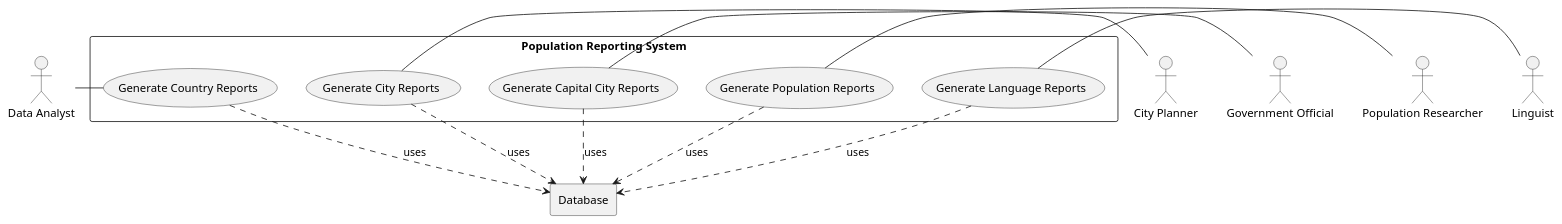
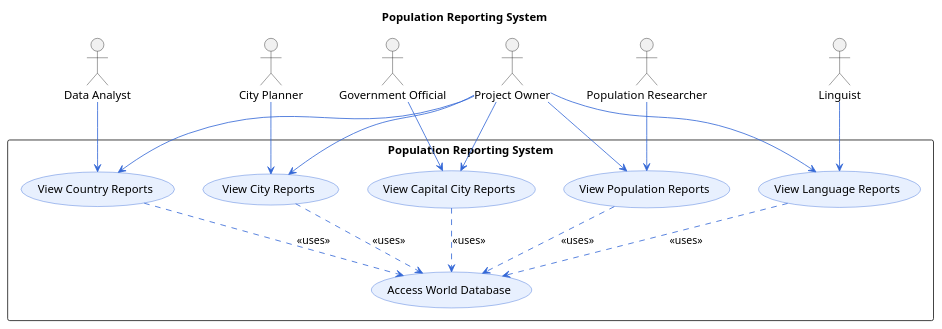
One commit to nyanlinnthant4430/DevOps_World_Population changed the diagram in Population_Reporting_System.puml. Above: the diagram before and after it, drawn with PlantUML.

Commit message:
Use Case for Population Reporting System Changes

```diff
--- a/Population_Reporting_System.puml
+++ b/Population_Reporting_System.puml
@@ -1,29 +1,57 @@
 @startuml
-actor Analyst as "Data Analyst"
-actor Planner as "City Planner"
-actor Official as "Government Official"
-actor Researcher as "Population Researcher"
-actor Linguist as "Linguist"
+title Population Reporting System
 
-rectangle Database
-rectangle "Population Reporting System" {
+' 🔹 Make it top to bottom (vertical)
+top to bottom direction
 
-  usecase UC1 as "Generate Country Reports"
-  usecase UC2 as "Generate City Reports"
-  usecase UC3 as "Generate Capital City Reports"
-  usecase UC4 as "Generate Population Reports"
-  usecase UC5 as "Generate Language Reports"
+' 🔹 Use stickman actor style
+skinparam actorStyle stickman
 
-  UC1 ..> Database : uses
-  UC2 ..> Database : uses
-  UC3 ..> Database : uses
-  UC4 ..> Database : uses
-  UC5 ..> Database : uses
+' 🔹 Style for clarity
+skinparam usecase {
+  BackgroundColor #E8F0FE
+  BorderColor #3367D6
+  ArrowColor #3367D6
+  FontSize 14
 }
 
-Analyst - UC1
-Planner - UC2
-Official - UC3
-Researcher - UC4
-Linguist - UC5
+' 🔹 Define actors
+actor "Data Analyst" as Analyst
+actor "City Planner" as Planner
+actor "Government Official" as Official
+actor "Population Researcher" as Researcher
+actor "Linguist" as Linguist
+actor "Project Owner" as Owner
+
+' 🔹 System boundary
+rectangle "Population Reporting System" {
+  usecase UC1 as "View Country Reports"
+  usecase UC2 as "View City Reports"
+  usecase UC3 as "View Capital City Reports"
+  usecase UC4 as "View Population Reports"
+  usecase UC5 as "View Language Reports"
+  usecase UC6 as "Access World Database"
+}
+
+' 🔹 Vertical, clean connections
+Analyst --> UC1
+Planner --> UC2
+Official --> UC3
+Researcher --> UC4
+Linguist --> UC5
+
+' 🔹 Owner connected clearly to all main reports
+Owner --> UC1
+Owner --> UC2
+Owner --> UC3
+Owner --> UC4
+Owner --> UC5
+
+' 🔹 Use-case relationships
+UC1 ..> UC6 : <<uses>>
+UC2 ..> UC6 : <<uses>>
+UC3 ..> UC6 : <<uses>>
+UC4 ..> UC6 : <<uses>>
+UC5 ..> UC6 : <<uses>>
+
 @enduml
```
